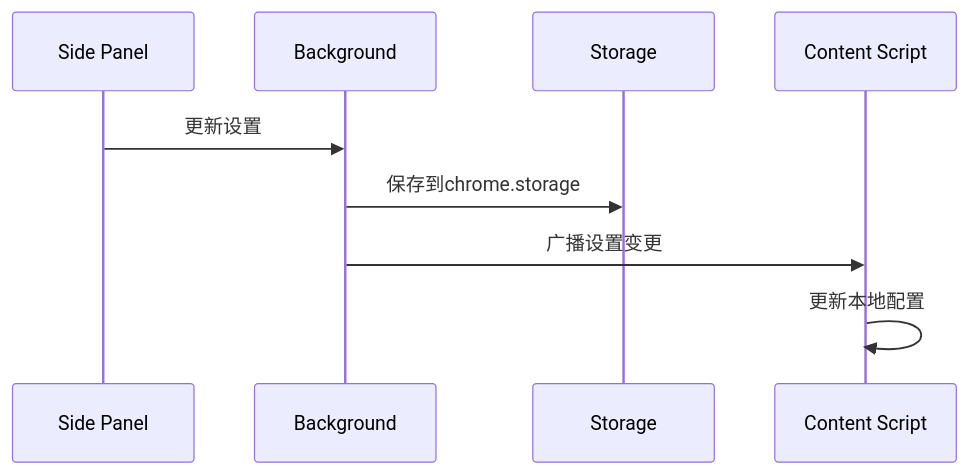
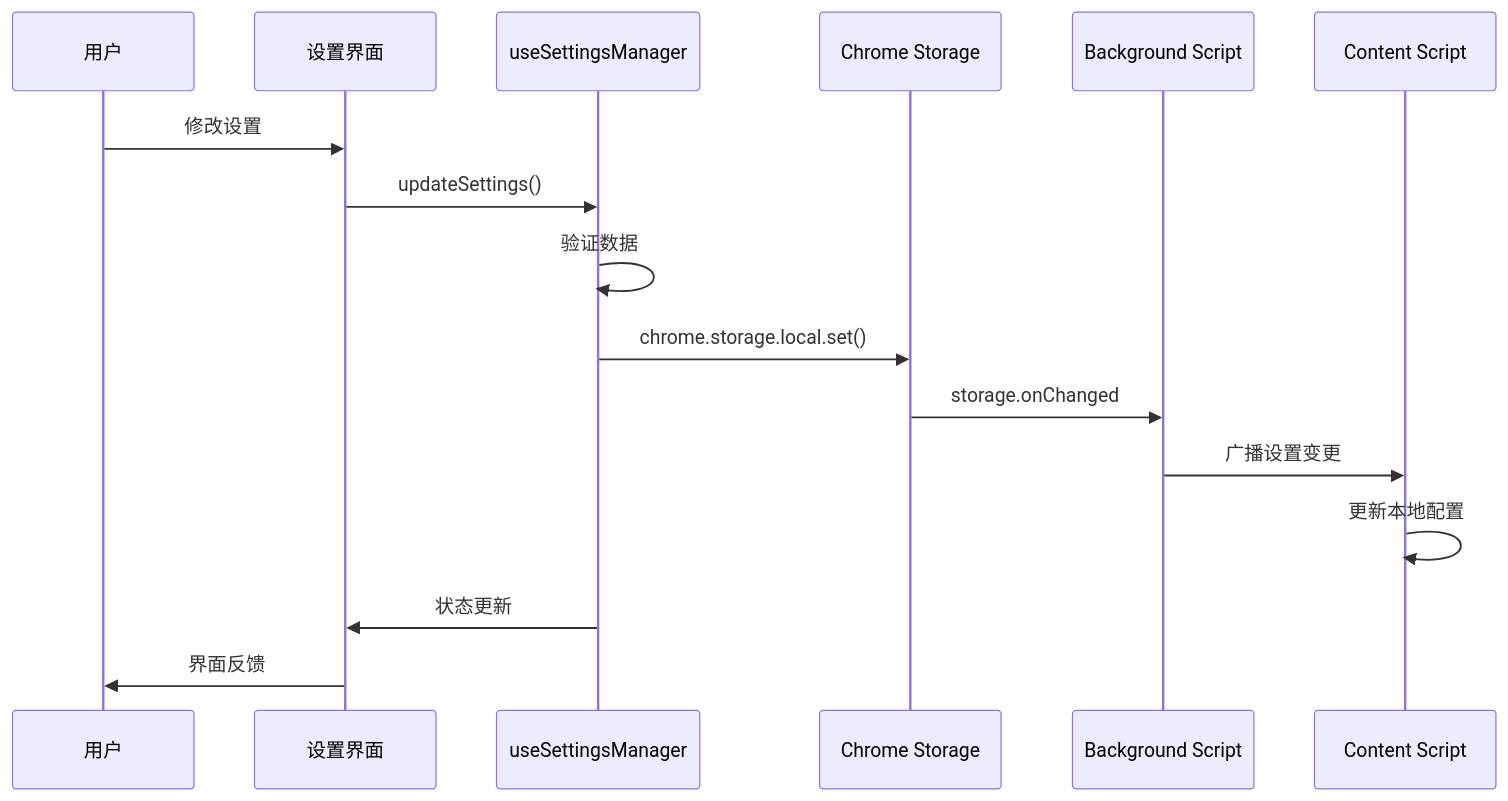
The first of 4 diagrams in .trae/documents/技术架构文档.md (buertang/HoverTabOfLinkLatest), drawn with Mermaid before and after one commit. The commit also changed other lines of this file and 10 other files, not shown here.

````diff
--- a/.trae/documents/技术架构文档.md
+++ b/.trae/documents/技术架构文档.md
@@ -135,12 +313,19 @@
 ```mermaid
 sequenceDiagram
-    participant SP as Side Panel
-    participant BG as Background
-    participant ST as Storage
+    participant User as 用户
+    participant UI as 设置界面
+    participant Hook as useSettingsManager
+    participant Storage as Chrome Storage
+    participant BG as Background Script
     participant CS as Content Script
     
-    SP->>BG: 更新设置
-    BG->>ST: 保存到chrome.storage
+    User->>UI: 修改设置
+    UI->>Hook: updateSettings()
+    Hook->>Hook: 验证数据
+    Hook->>Storage: chrome.storage.local.set()
+    Storage->>BG: storage.onChanged
     BG->>CS: 广播设置变更
     CS->>CS: 更新本地配置
+    Hook->>UI: 状态更新
+    UI->>User: 界面反馈
 ```
````
